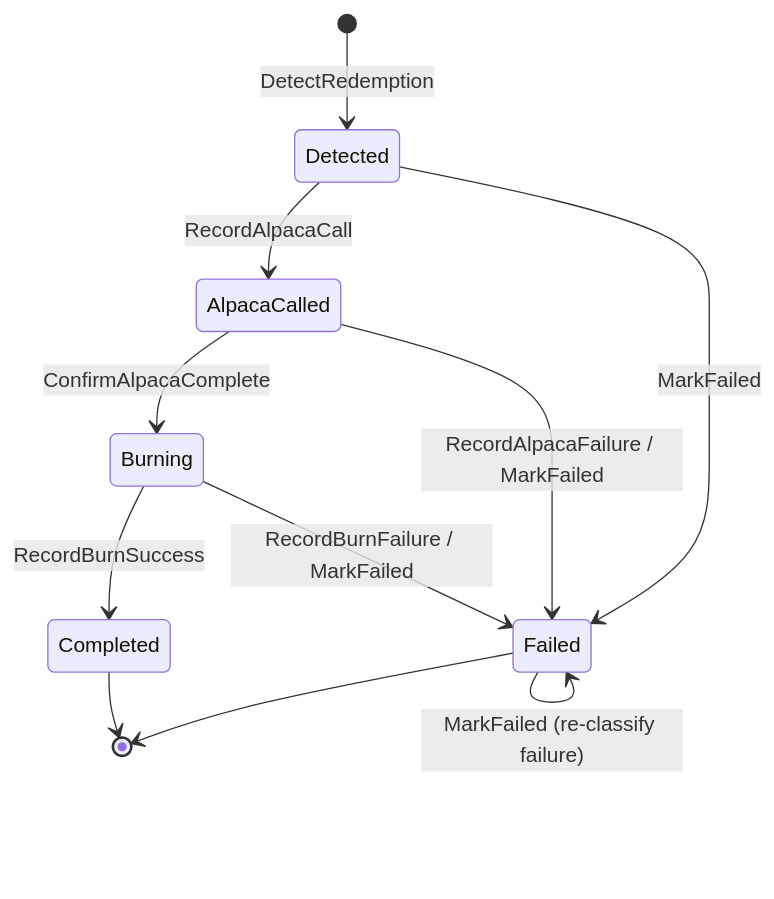
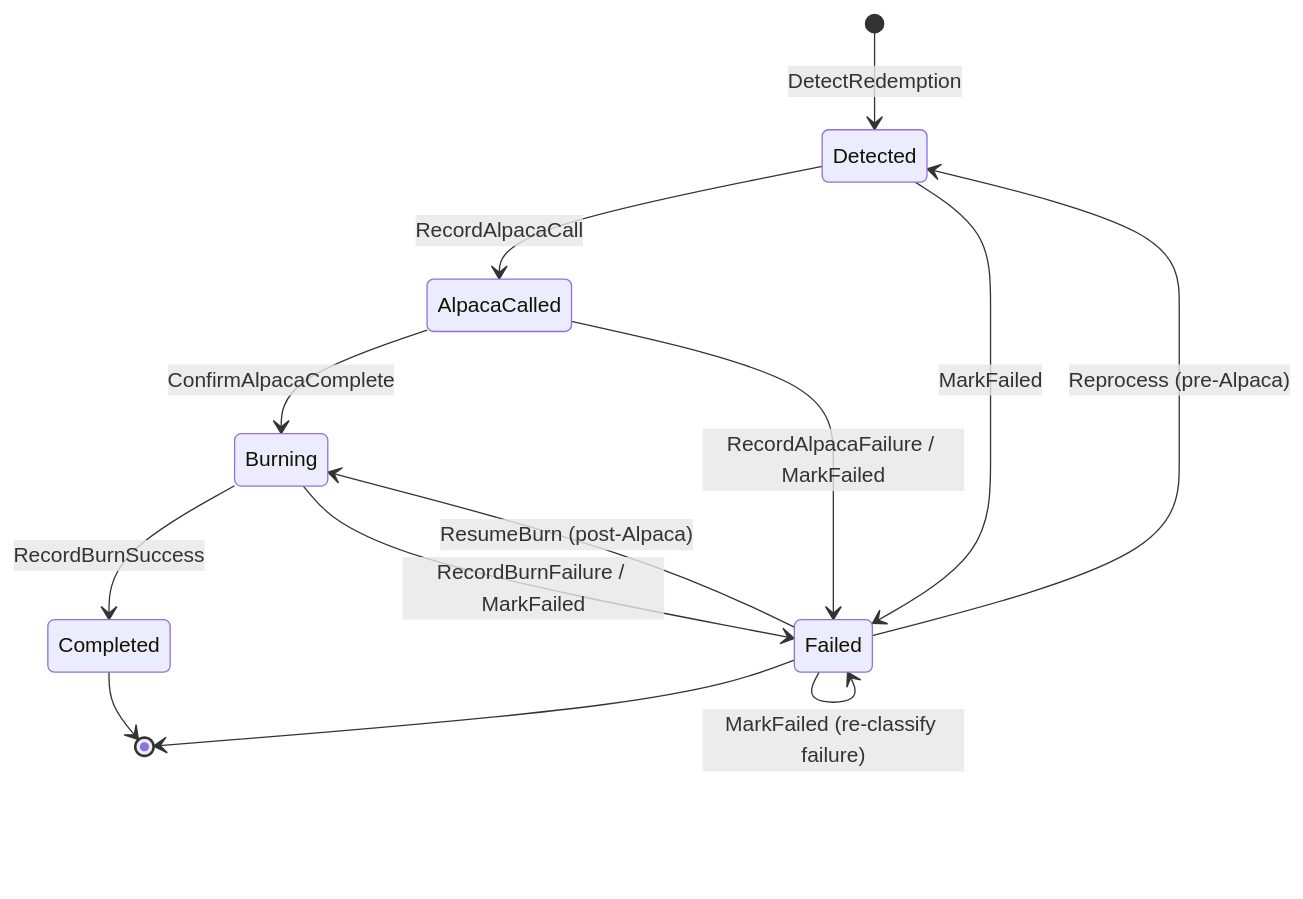
One commit to ST0x-Technology/st0x.issuance changed the sixth of 7 diagrams in SPEC.md. Above: the diagram before and after it, drawn with Mermaid. The commit also changed other lines of this file and 17 other files, not shown here.

First line of the commit message:
refactor: unify redemption recovery with Alpaca verification and Fireblocks burn detection (#143)

````diff
--- a/SPEC.md
+++ b/SPEC.md
@@ -1422,13 +1436,15 @@
 ```mermaid
 stateDiagram-v2
     [*] --> Detected: DetectRedemption
     Detected --> AlpacaCalled: RecordAlpacaCall
     Detected --> Failed: MarkFailed
     AlpacaCalled --> Burning: ConfirmAlpacaComplete
     AlpacaCalled --> Failed: RecordAlpacaFailure / MarkFailed
     Burning --> Completed: RecordBurnSuccess
     Burning --> Failed: RecordBurnFailure / MarkFailed
     Failed --> Failed: MarkFailed (re-classify failure)
+    Failed --> Detected: Reprocess (pre-Alpaca)
+    Failed --> Burning: ResumeBurn (post-Alpaca)
     Failed --> [*]
     Completed --> [*]
 ```
````
